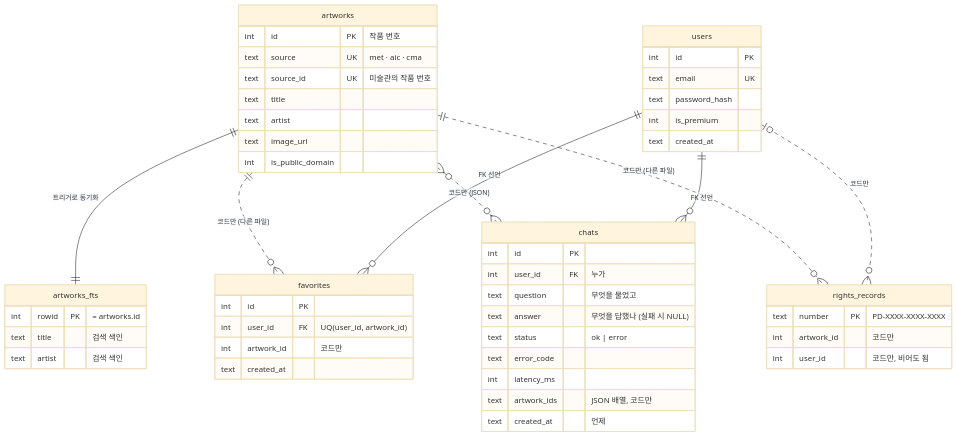
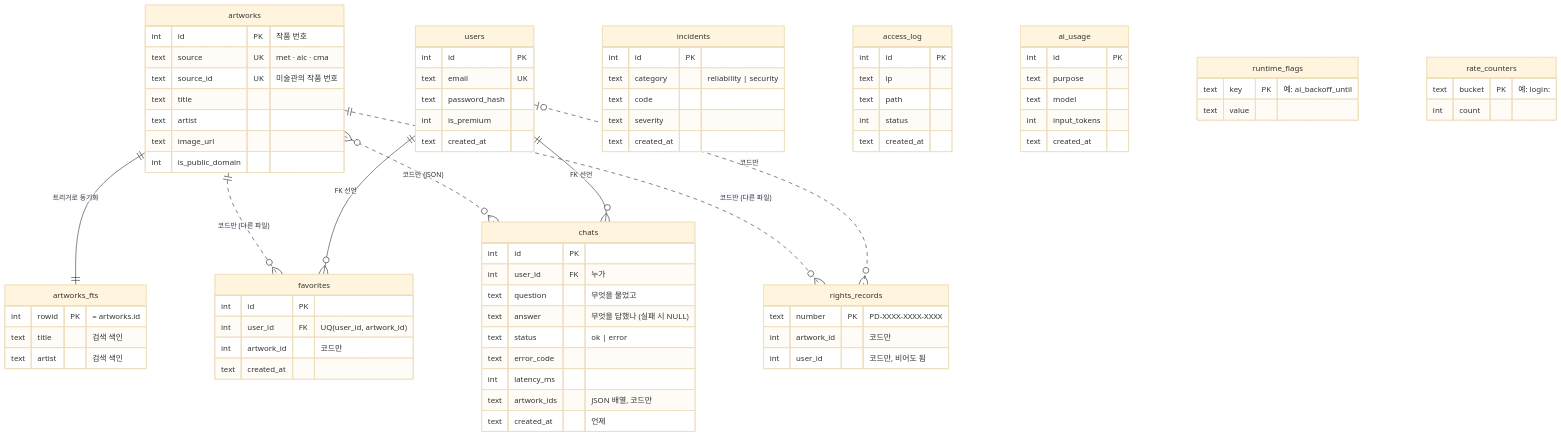
One commit to KANGSIK-SEO/AITOOLLEARN-7-1 changed the diagram in README.md. Above: the diagram before and after it, drawn with Mermaid (base theme). The commit also changed other lines of this file, not shown here.

Commit message:
docs: README DB 구조에 12개 표 전부의 PK·FK 표시
그림에 6개 표만 있어 나머지(incidents·access_log·ai_usage·runtime_flags·rate_counters)는 PK가 없는 것처럼 보였다.
모든 표를 그림과 PK·FK 표에 넣고, FK가 없는 이유(독립 기록, 작품 DB는 다른 파일)를 적었다.
글 목록에 빠져 있던 access_log·ai_usage도 추가.

````diff
--- a/README.md
+++ b/README.md
@@ -207,53 +207,82 @@
 ```mermaid
 erDiagram
     artworks {
         int id PK "작품 번호"
         text source UK "met · aic · cma"
         text source_id UK "미술관의 작품 번호"
         text title
         text artist
         text image_url
         int is_public_domain
     }
     artworks_fts {
         int rowid PK "= artworks.id"
         text title "검색 색인"
         text artist "검색 색인"
     }
     users {
         int id PK
         text email UK
         text password_hash
         int is_premium
         text created_at
     }
     chats {
         int id PK
         int user_id FK "누가"
         text question "무엇을 물었고"
         text answer "무엇을 답했나 (실패 시 NULL)"
         text status "ok | error"
         text error_code
         int latency_ms
         text artwork_ids "JSON 배열, 코드만"
         text created_at "언제"
     }
     favorites {
         int id PK
         int user_id FK "UQ(user_id, artwork_id)"
         int artwork_id "코드만"
         text created_at
     }
     rights_records {
         text number PK "PD-XXXX-XXXX-XXXX"
         int artwork_id "코드만"
         int user_id "코드만, 비어도 됨"
     }
+    incidents {
+        int id PK
+        text category "reliability | security"
+        text code
+        text severity
+        text created_at
+    }
+    access_log {
+        int id PK
+        text ip
+        text path
+        int status
+        text created_at
+    }
+    ai_usage {
+        int id PK
+        text purpose
+        text model
+        int input_tokens
+        text created_at
+    }
+    runtime_flags {
+        text key PK "예: ai_backoff_until"
+        text value
+    }
+    rate_counters {
+        text bucket PK "예: login:<ip>"
+        int count
+    }
     artworks ||--|| artworks_fts : "트리거로 동기화"
     users ||--o{ chats : "FK 선언"
     users ||--o{ favorites : "FK 선언"
     users |o..o{ rights_records : "코드만"
     artworks ||..o{ favorites : "코드만 (다른 파일)"
     artworks ||..o{ rights_records : "코드만 (다른 파일)"
     artworks }o..o{ chats : "코드만 (JSON)"
 ```
````
